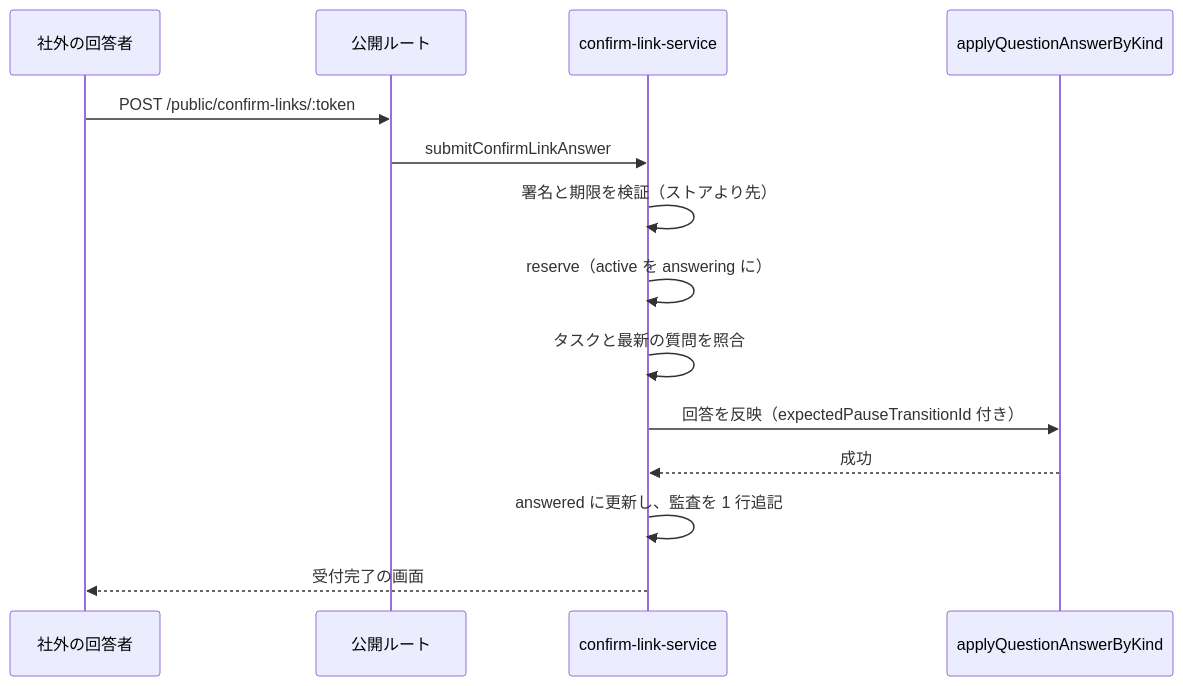
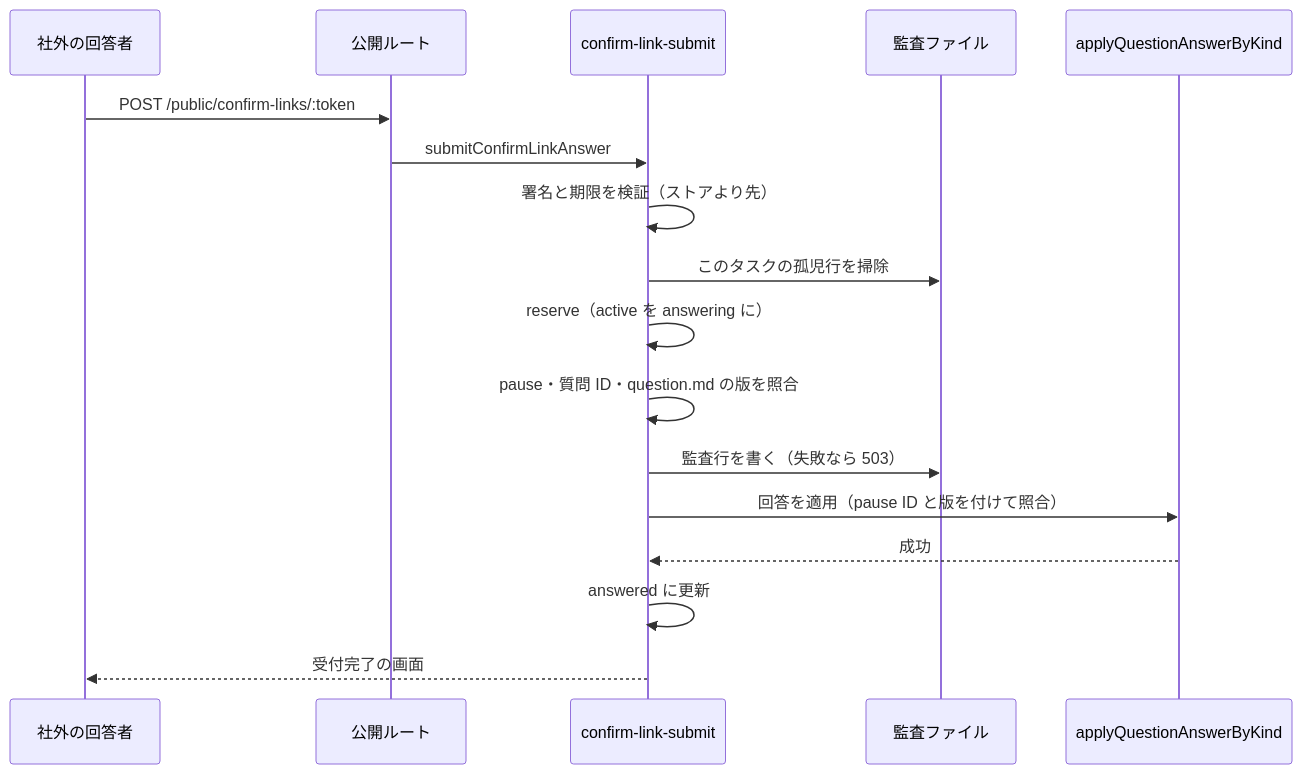
Before and after one commit to takamurayuki/rapitas: the diagram in docs/design/external-confirm-link.md, drawn with Mermaid. The commit also changed other lines of this file and 5 other files, not shown here.

First line of the commit message:
fix(workflow): report confirm-link copy failures and document audit order

````diff
--- a/docs/design/external-confirm-link.md
+++ b/docs/design/external-confirm-link.md
@@ -42,16 +44,19 @@
 ```mermaid
 sequenceDiagram
   participant R as 社外の回答者
   participant P as 公開ルート
-  participant S as confirm-link-service
+  participant S as confirm-link-submit
+  participant L as 監査ファイル
   participant A as applyQuestionAnswerByKind
   R->>P: POST /public/confirm-links/:token
   P->>S: submitConfirmLinkAnswer
   S->>S: 署名と期限を検証（ストアより先）
+  S->>L: このタスクの孤児行を掃除
   S->>S: reserve（active を answering に）
-  S->>S: タスクと最新の質問を照合
-  S->>A: 回答を反映（expectedPauseTransitionId 付き）
+  S->>S: pause・質問 ID・question.md の版を照合
+  S->>L: 監査行を書く（失敗なら 503）
+  S->>A: 回答を適用（pause ID と版を付けて照合）
   A-->>S: 成功
-  S->>S: answered に更新し、監査を 1 行追記
+  S->>S: answered に更新
   S-->>R: 受付完了の画面
 ```
````
